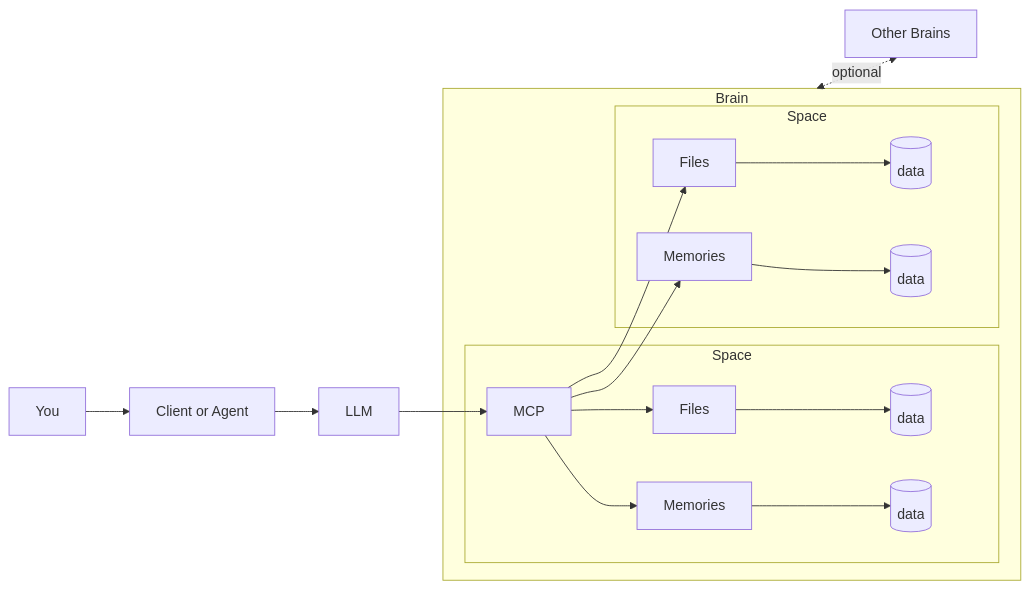
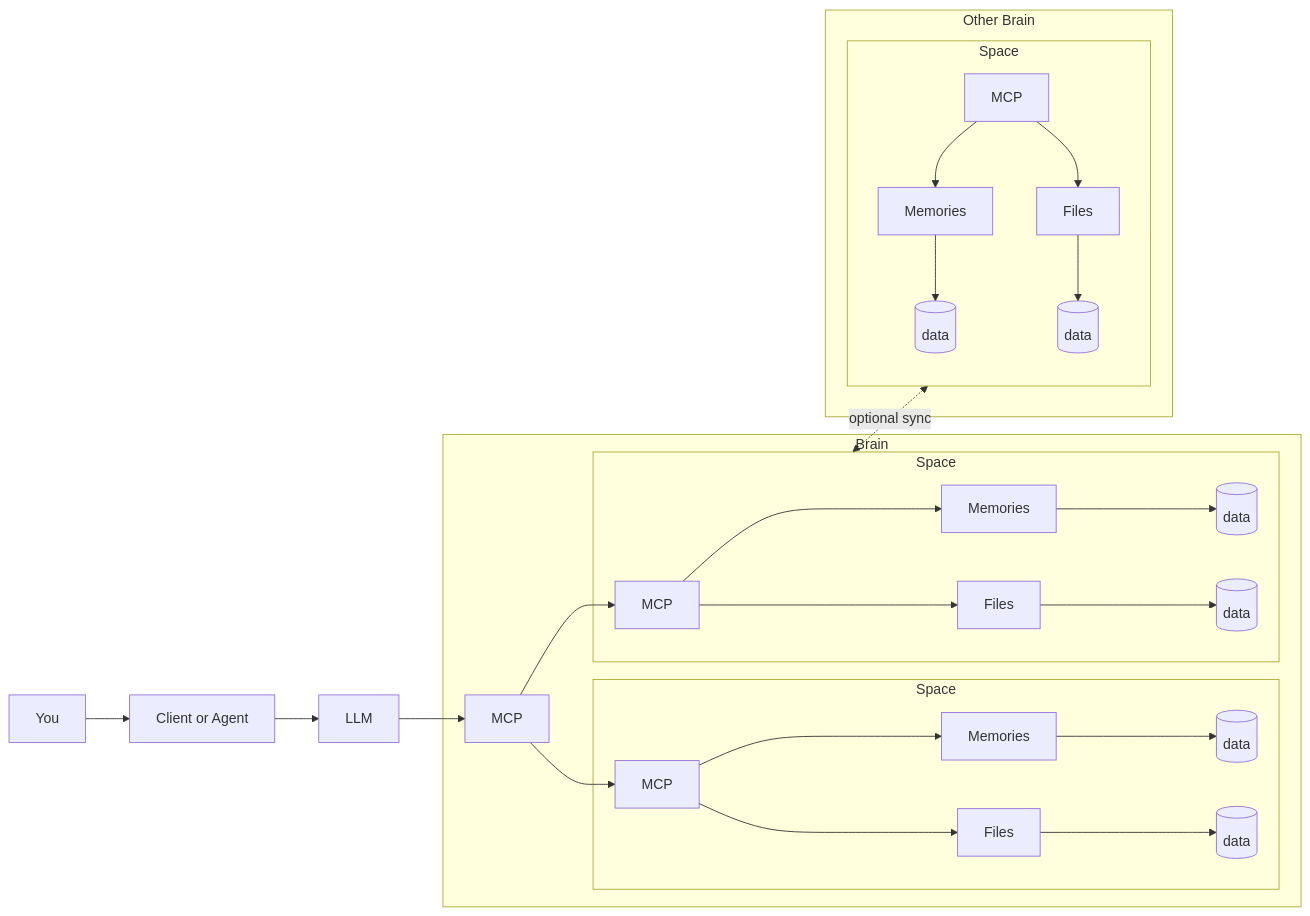
The first of 4 diagrams in README.md (MetalMMagic/Ythril), drawn with Mermaid before and after one commit.

Commit message:
fix(diagram): update flowchart to clarify MCP relationships and data flow in brain spaces

````diff
--- a/README.md
+++ b/README.md
@@ -18,26 +18,35 @@
 ```mermaid
 flowchart LR
 	U[You] --> C[Client or Agent]
 	C --> L[LLM]
-	L --> MCP
+	L --> BMCP[MCP]
 
 	subgraph Brain
-		MCP
+		BMCP
 
 		subgraph S1[Space]
-			MCP --> Mem1[Memories]
-			MCP --> Files1[Files]
-			Mem1 --> D1[(data)]
-			Files1 --> D2[(data)]
+			S1MCP[MCP]
+			S1MCP --> S1Mem[Memories] --> S1MD[(data)]
+			S1MCP --> S1Files[Files] --> S1FD[(data)]
 		end
 
 		subgraph S2[Space]
-			MCP --> Mem2[Memories]
-			MCP --> Files2[Files]
-			Mem2 --> D3[(data)]
-			Files2 --> D4[(data)]
+			S2MCP[MCP]
+			S2MCP --> S2Mem[Memories] --> S2MD[(data)]
+			S2MCP --> S2Files[Files] --> S2FD[(data)]
+		end
+
+		BMCP --> S1MCP
+		BMCP --> S2MCP
+	end
+
+	subgraph OB[Other Brain]
+		subgraph OS[Space]
+			OSMCP[MCP]
+			OSMCP --> OSMem[Memories] --> OSMD[(data)]
+			OSMCP --> OSFiles[Files] --> OSFD[(data)]
 		end
 	end
 
-	Brain <-.->|optional| OB[Other Brains]
+	S1 <-.->|optional sync| OS
 ```
````
